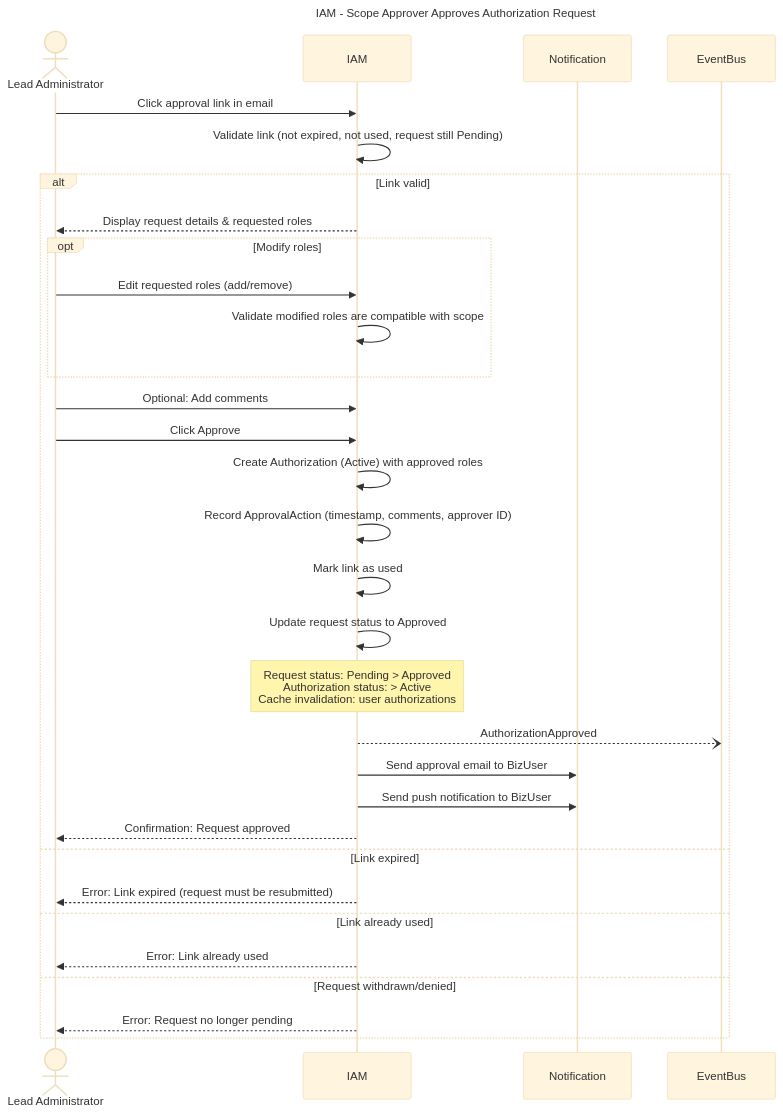
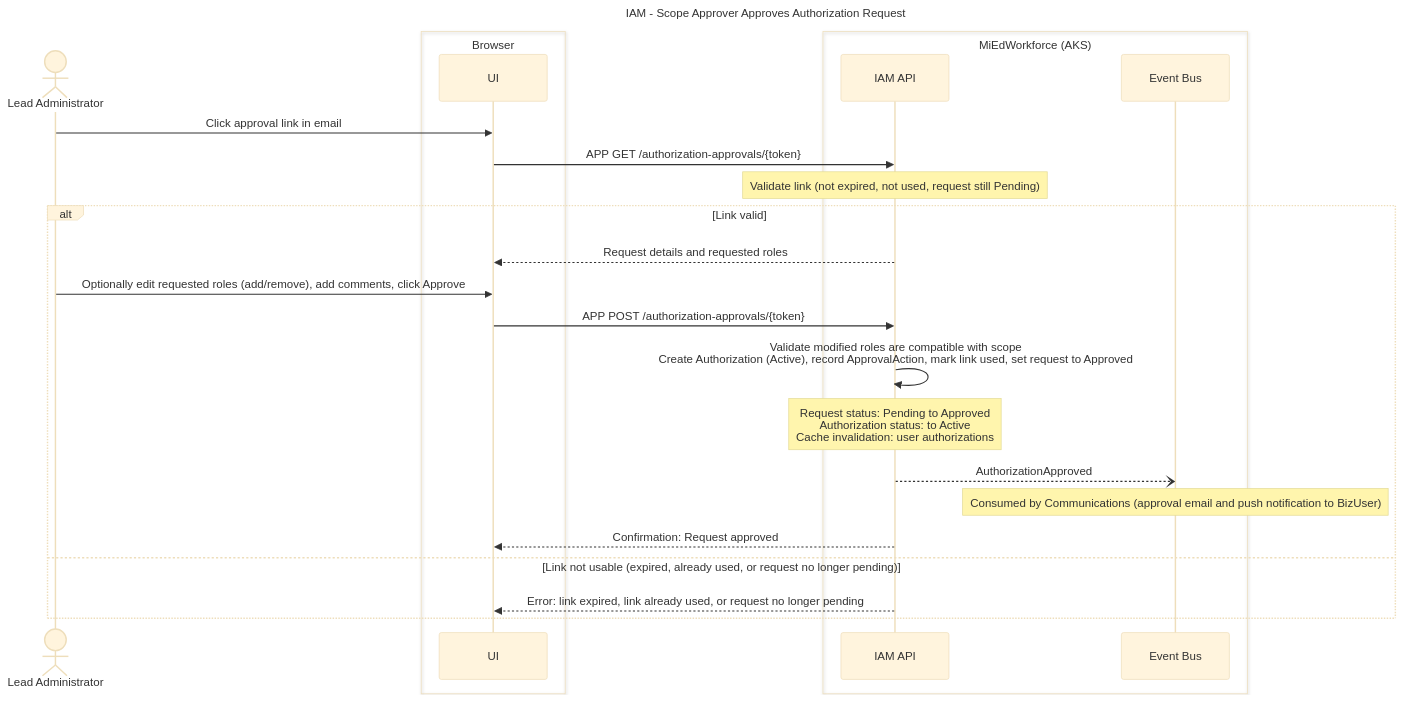
The fifth of 23 diagrams in working-docs/solution-areas/iam/iam-sequences.md (mnichols-dl/mied-design), drawn with Mermaid (base theme) before and after one commit. The commit also changed other lines of this file and 34 other files, not shown here.

Commit message:
Update sequences and perform RTM assessment

````diff
--- a/working-docs/solution-areas/iam/iam-sequences.md
+++ b/working-docs/solution-areas/iam/iam-sequences.md
@@ -245,44 +287,36 @@
 ```mermaid
 ---
 title: IAM - Scope Approver Approves Authorization Request
 ---
 sequenceDiagram
     actor LeadAdmin as Lead Administrator
-    participant IAM
-    participant Notification
-    participant EventBus
-    
-    LeadAdmin->>IAM: Click approval link in email
-    IAM->>IAM: Validate link (not expired, not used, request still Pending)
-    
+    box Browser
+    participant UI
+    end
+    box MiEdWorkforce (AKS)
+    participant IamApi as IAM API
+    participant EventBus as Event Bus
+    end
+
+    LeadAdmin->>UI: Click approval link in email
+    UI->>IamApi: APP GET /authorization-approvals/{token}
+    Note over IamApi: Validate link (not expired, not used, request still Pending)
+
     alt Link valid
-        IAM-->>LeadAdmin: Display request details & requested roles
-        
-        opt Modify roles
-            LeadAdmin->>IAM: Edit requested roles (add/remove)
-            IAM->>IAM: Validate modified roles are compatible with scope
-        end
-        
-        LeadAdmin->>IAM: Optional: Add comments
-        LeadAdmin->>IAM: Click Approve
-        
-        IAM->>IAM: Create Authorization (Active) with approved roles
-        IAM->>IAM: Record ApprovalAction (timestamp, comments, approver ID)
-        IAM->>IAM: Mark link as used
-        IAM->>IAM: Update request status to Approved
-        
-        Note over IAM: Request status: Pending > Approved<br/>Authorization status: > Active<br/>Cache invalidation: user authorizations
-        
-        IAM--)EventBus: AuthorizationApproved
-        IAM->>Notification: Send approval email to BizUser
-        IAM->>Notification: Send push notification to BizUser
-        
-        IAM-->>LeadAdmin: Confirmation: Request approved
-    else Link expired
-        IAM-->>LeadAdmin: Error: Link expired (request must be resubmitted)
-    else Link already used
-        IAM-->>LeadAdmin: Error: Link already used
-    else Request withdrawn/denied
-        IAM-->>LeadAdmin: Error: Request no longer pending
+        IamApi-->>UI: Request details and requested roles
+
+        LeadAdmin->>UI: Optionally edit requested roles (add/remove), add comments, click Approve
+        UI->>IamApi: APP POST /authorization-approvals/{token}
+
+        IamApi->>IamApi: Validate modified roles are compatible with scope<br/>Create Authorization (Active), record ApprovalAction, mark link used, set request to Approved
+
+        Note over IamApi: Request status: Pending to Approved<br/>Authorization status: to Active<br/>Cache invalidation: user authorizations
+
+        IamApi--)EventBus: AuthorizationApproved
+        Note over EventBus: Consumed by Communications (approval email and push notification to BizUser)
+
+        IamApi-->>UI: Confirmation: Request approved
+    else Link not usable (expired, already used, or request no longer pending)
+        IamApi-->>UI: Error: link expired, link already used, or request no longer pending
     end
 ```
````
